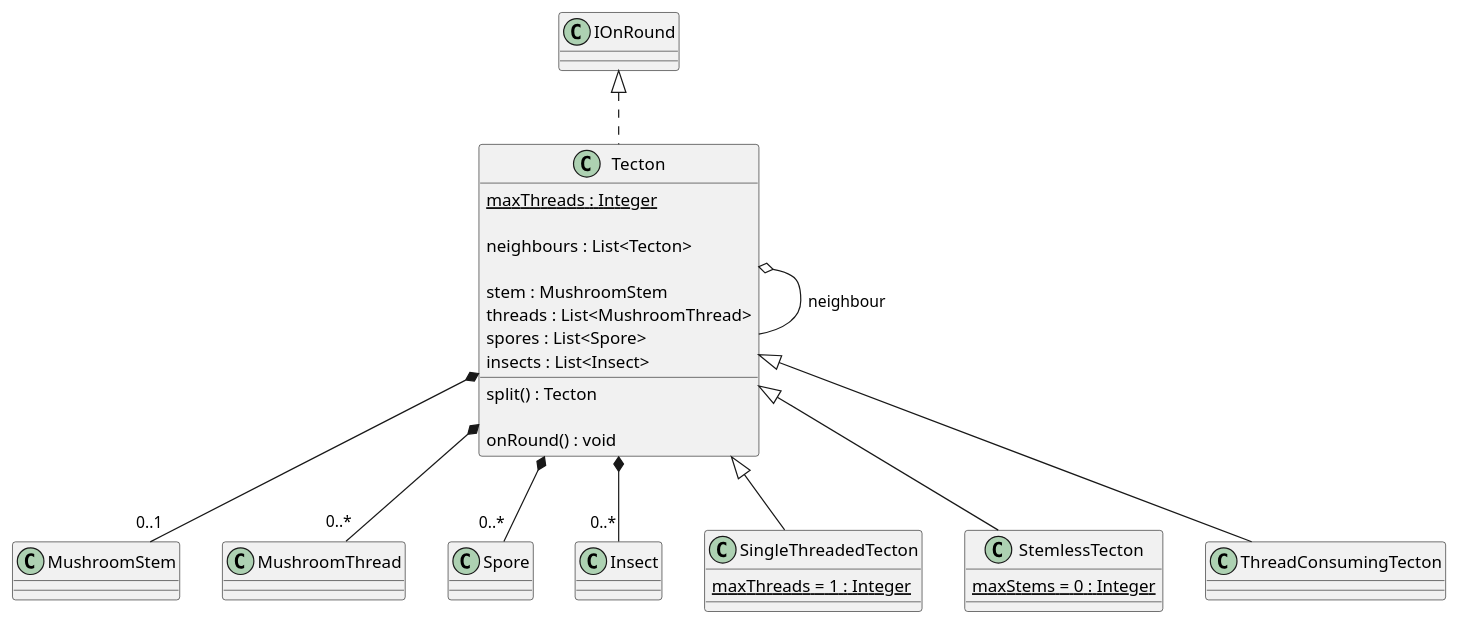
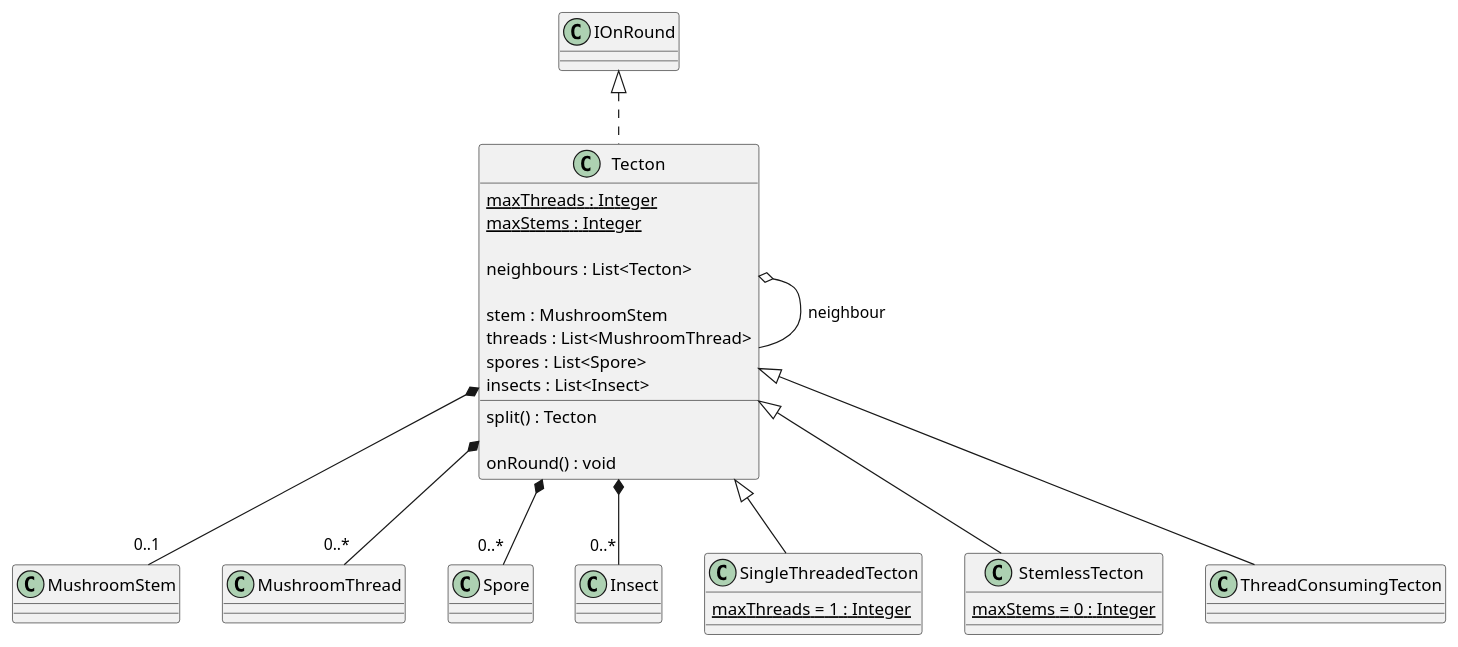
One commit to Petya-G/fungorium changed the diagram in 3/classes/tecton.puml. Above: the diagram before and after it, drawn with PlantUML.

Commit message:
added maxStems back to Tecton class

```diff
--- a/3/classes/tecton.puml
+++ b/3/classes/tecton.puml
@@ -1,54 +1,55 @@
 @startuml tecton
   IOnRound <|.. Tecton 
   Tecton  o-- Tecton : neighbour
   'Tecton *-- "0..*" Entity
   class Tecton {
     {static} maxThreads : Integer
+    {static} maxStems : Integer
     
     neighbours : List<Tecton>
 
     stem : MushroomStem
     threads : List<MushroomThread>
     spores : List<Spore>
     insects : List<Insect>  
 
     'addNeighbour(Tecton) : void
     'addStem(MushroomStem stem) : void
     'removeStem() : void
     'addThread(MushroomThread thread) : void
     'removeThread(MushroomThread thread) : void
     'addSpore(Spore spore) : void
     'removeSpore(Spore spore) : void
     'addInsect(Insect insect) : void
     'removeInsect(Insect insect) : void
 
     split() : Tecton
 
     onRound() : void
   }
 
   Tecton *-- "0..1" MushroomStem 
   Tecton *-- "0..*" MushroomThread
   
   Tecton *-- "0..*" Spore
   Tecton *-- "0..*" Insect
   'SingleThreadedTecton *-- "0..1" MushroomStem
   'SingleThreadedTecton "2" *-- "0..1" MushroomThread
   Tecton <|-- SingleThreadedTecton
   class SingleThreadedTecton {
     {static} maxThreads = 1 : Integer
   }
 
 
   'BodylessTecton "2" *-- "0..*" MushroomThread
   Tecton <|-- StemlessTecton
   class StemlessTecton {
     {static} maxStems = 0 : Integer
   }
 
   ' ThreadConsumingTecton *-- "0..1" MushroomStem
   'ThreadConsumingTecton "2" *-- "0..*" MushroomThread
   Tecton <|-- ThreadConsumingTecton
   class ThreadConsumingTecton {
   }
 @enduml
```
